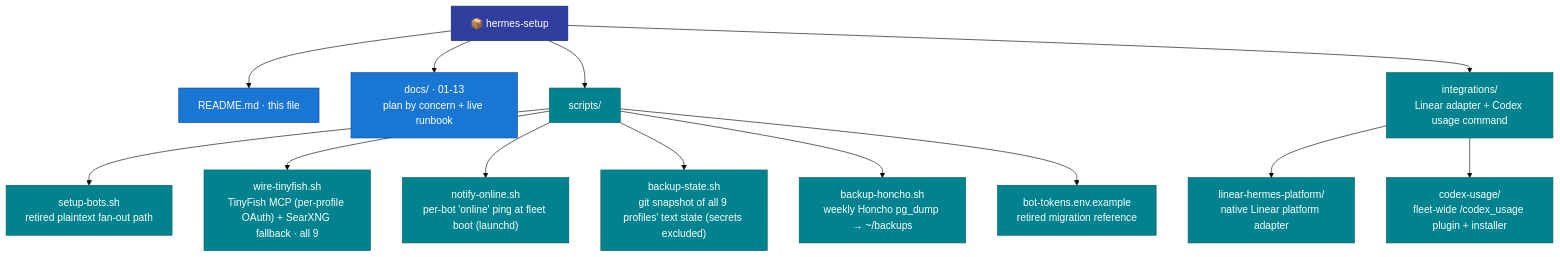
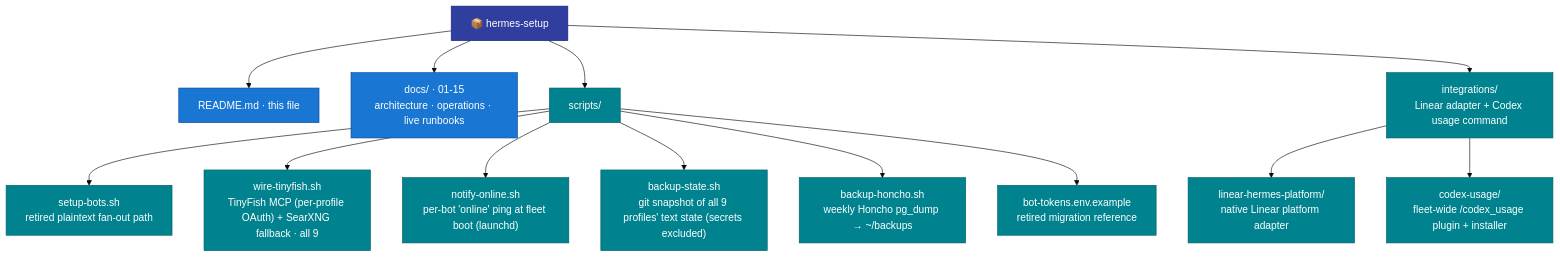
Before and after one commit to mpolatcan/hermes-setup: the fifth of 5 diagrams in README.md, drawn with Mermaid (base theme). The commit also changed other lines of this file and 14 other files, not shown here.

````diff
--- a/README.md
+++ b/README.md
@@ -274,19 +274,19 @@
 ```mermaid
 flowchart TB
     root["📦 hermes-setup"]:::root
     root --> readme["README.md · this file"]:::doc
-    root --> docs["docs/ · 01-13<br/>plan by concern + live runbook"]:::doc
+    root --> docs["docs/ · 01-15<br/>architecture · operations · live runbooks"]:::doc
     root --> scripts["scripts/"]:::svc
     root --> integrations["integrations/<br/>Linear adapter + Codex usage command"]:::svc
     integrations --> lin["linear-hermes-platform/<br/>native Linear platform adapter"]:::svc
     integrations --> cu["codex-usage/<br/>fleet-wide /codex_usage plugin + installer"]:::svc
     scripts --> sb["setup-bots.sh<br/>retired plaintext fan-out path"]:::svc
     scripts --> wt["wire-tinyfish.sh<br/>TinyFish MCP (per-profile OAuth) + SearXNG fallback · all 9"]:::svc
     scripts --> no["notify-online.sh<br/>per-bot 'online' ping at fleet boot (launchd)"]:::svc
     scripts --> bs["backup-state.sh<br/>git snapshot of all 9 profiles' text state (secrets excluded)"]:::svc
     scripts --> bh["backup-honcho.sh<br/>weekly Honcho pg_dump → ~/backups"]:::svc
     scripts --> ex["bot-tokens.env.example<br/>retired migration reference"]:::svc
     classDef root fill:#303F9F,stroke:#1A237E,color:#fff
     classDef doc fill:#1976D2,stroke:#0D47A1,color:#fff
     classDef svc fill:#00838F,stroke:#006064,color:#fff
 ```
````
